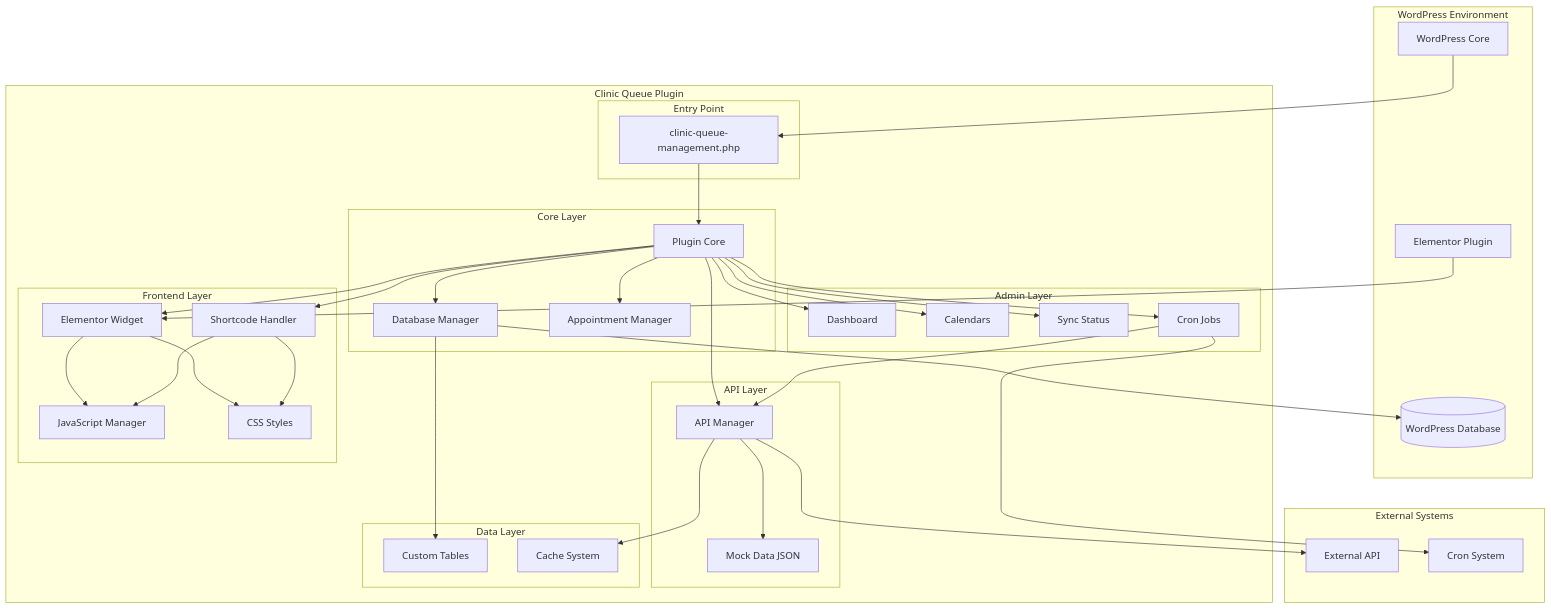
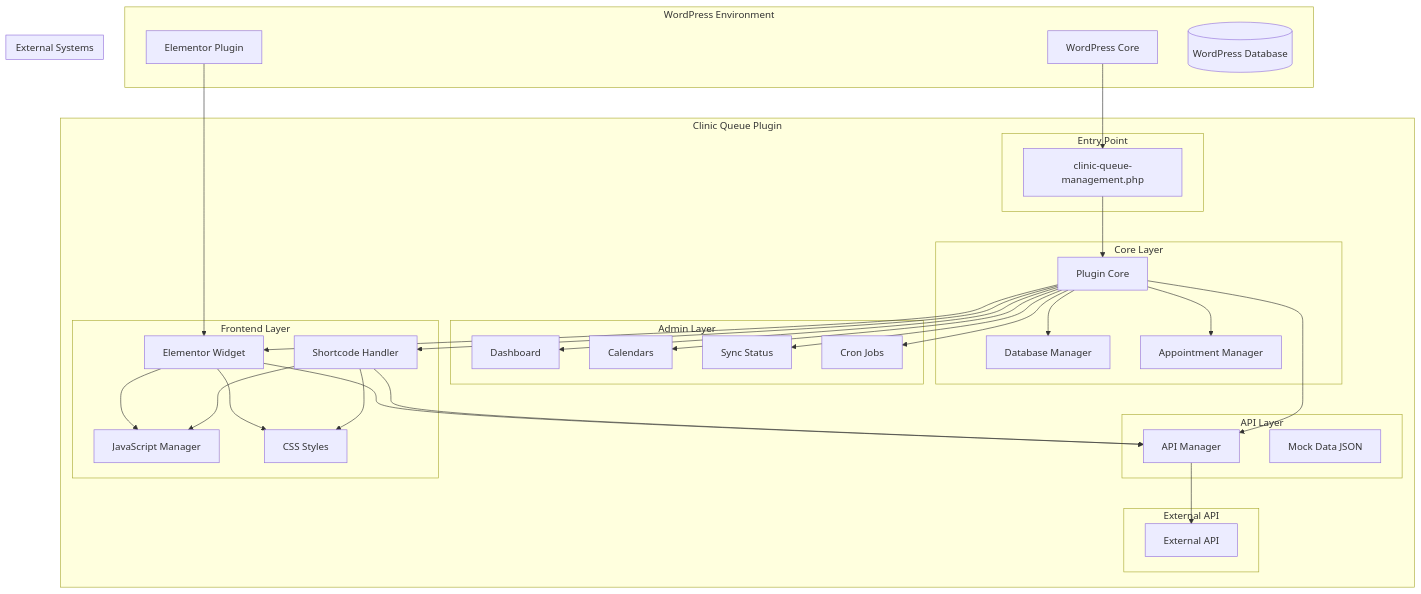
The first of 6 diagrams in docs/ARCHITECTURE_DIAGRAM.md (OrielBenMoshe/clinic-queue-management), drawn with Mermaid before and after one commit. The commit also changed other lines of this file and 78 other files, not shown here.

````diff
--- a/docs/ARCHITECTURE_DIAGRAM.md
+++ b/docs/ARCHITECTURE_DIAGRAM.md
@@ -5,78 +5,71 @@
 ```mermaid
 graph TB
     subgraph "WordPress Environment"
         WP[WordPress Core]
         EL[Elementor Plugin]
         DB[(WordPress Database)]
     end
     
     subgraph "Clinic Queue Plugin"
         subgraph "Entry Point"
             MAIN[clinic-queue-management.php]
         end
         
         subgraph "Core Layer"
             CORE[Plugin Core]
             DB_MGR[Database Manager]
             APPT_MGR[Appointment Manager]
         end
         
         subgraph "API Layer"
             API[API Manager]
             MOCK[Mock Data JSON]
         end
         
         subgraph "Admin Layer"
             DASH[Dashboard]
             CAL[Calendars]
             SYNC[Sync Status]
             CRON[Cron Jobs]
         end
         
         subgraph "Frontend Layer"
             WIDGET[Elementor Widget]
             SHORT[Shortcode Handler]
             JS[JavaScript Manager]
             CSS[CSS Styles]
         end
         
-        subgraph "Data Layer"
-            TABLES[Custom Tables]
-            CACHE[Cache System]
+        subgraph "External API"
+            EXT_API[External API]
         end
     end
     
     subgraph "External Systems"
         EXT_API[External API]
-        CRON_SYS[Cron System]
     end
     
     %% Connections
     WP --> MAIN
     EL --> WIDGET
     MAIN --> CORE
     CORE --> DB_MGR
     CORE --> APPT_MGR
     CORE --> API
     CORE --> DASH
     CORE --> CAL
     CORE --> SYNC
     CORE --> CRON
     CORE --> WIDGET
     CORE --> SHORT
     
-    API --> MOCK
     API --> EXT_API
-    API --> CACHE
-    
-    DB_MGR --> TABLES
-    DB_MGR --> DB
+    WIDGET --> API
+    SHORT --> API
     
     WIDGET --> JS
     WIDGET --> CSS
     SHORT --> JS
     SHORT --> CSS
     
-    CRON --> CRON_SYS
-    CRON --> API
 ```
````
